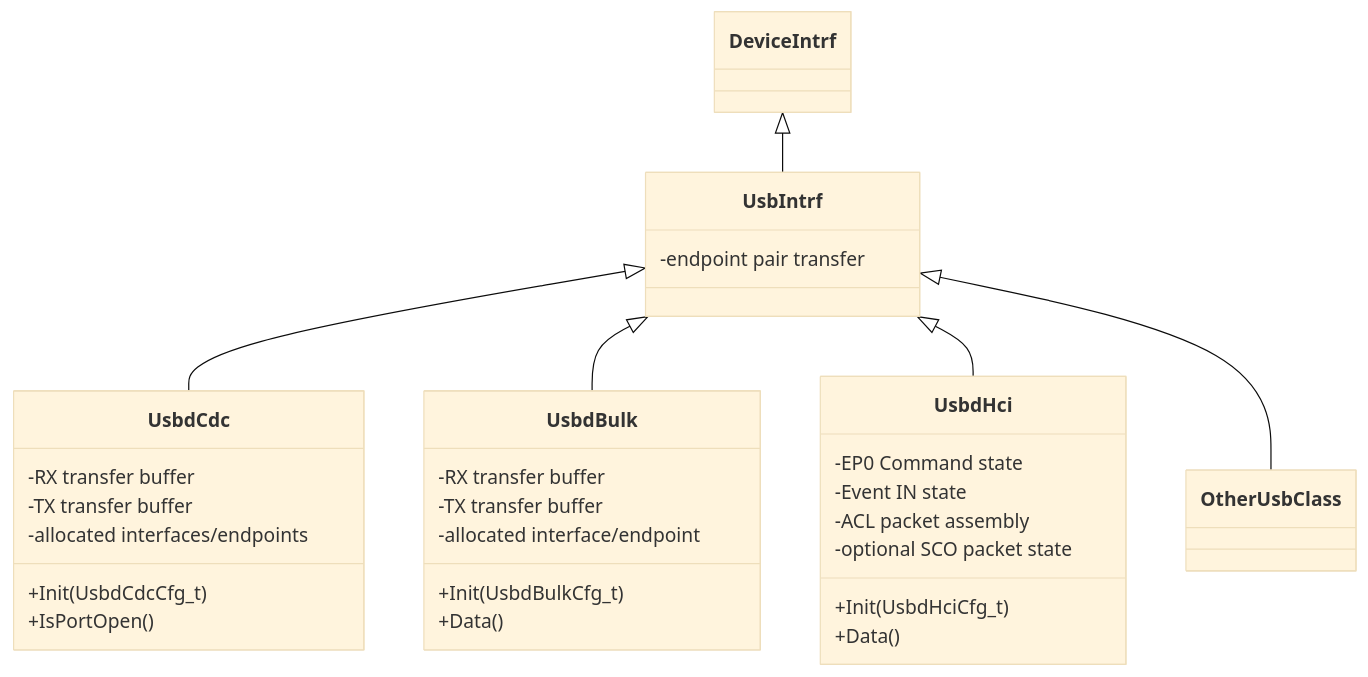
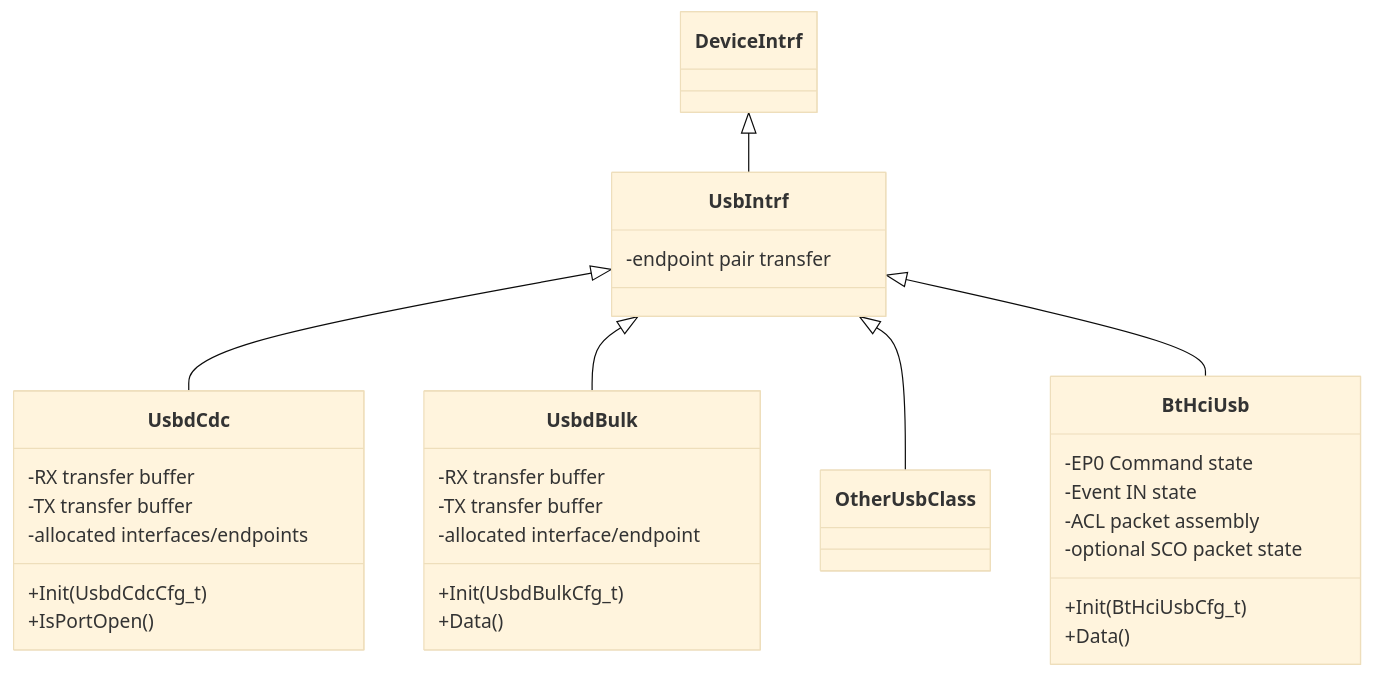
Before and after one commit to IOsonata/IOsonata: the second of 3 diagrams in docs/architecture/usb.md, drawn with Mermaid (base theme). The commit also changed other lines of this file and 5 other files, not shown here.

Commit message:
Move HCI USB transport under Bluetooth

````diff
--- a/docs/architecture/usb.md
+++ b/docs/architecture/usb.md
@@ -47,33 +52,33 @@
 ```mermaid
 classDiagram
     DeviceIntrf <|-- UsbIntrf
     UsbIntrf <|-- UsbdCdc
     UsbIntrf <|-- UsbdBulk
-    UsbIntrf <|-- UsbdHci
     UsbIntrf <|-- OtherUsbClass
+    UsbIntrf <|-- BtHciUsb
     class UsbIntrf {
         -endpoint pair transfer
     }
     class UsbdCdc {
         +Init(UsbdCdcCfg_t)
         +IsPortOpen()
         -RX transfer buffer
         -TX transfer buffer
         -allocated interfaces/endpoints
     }
     class UsbdBulk {
         +Init(UsbdBulkCfg_t)
         +Data()
         -RX transfer buffer
         -TX transfer buffer
         -allocated interface/endpoint
     }
-    class UsbdHci {
-        +Init(UsbdHciCfg_t)
+    class BtHciUsb {
+        +Init(BtHciUsbCfg_t)
         +Data()
         -EP0 Command state
         -Event IN state
         -ACL packet assembly
         -optional SCO packet state
     }
 ```
````
